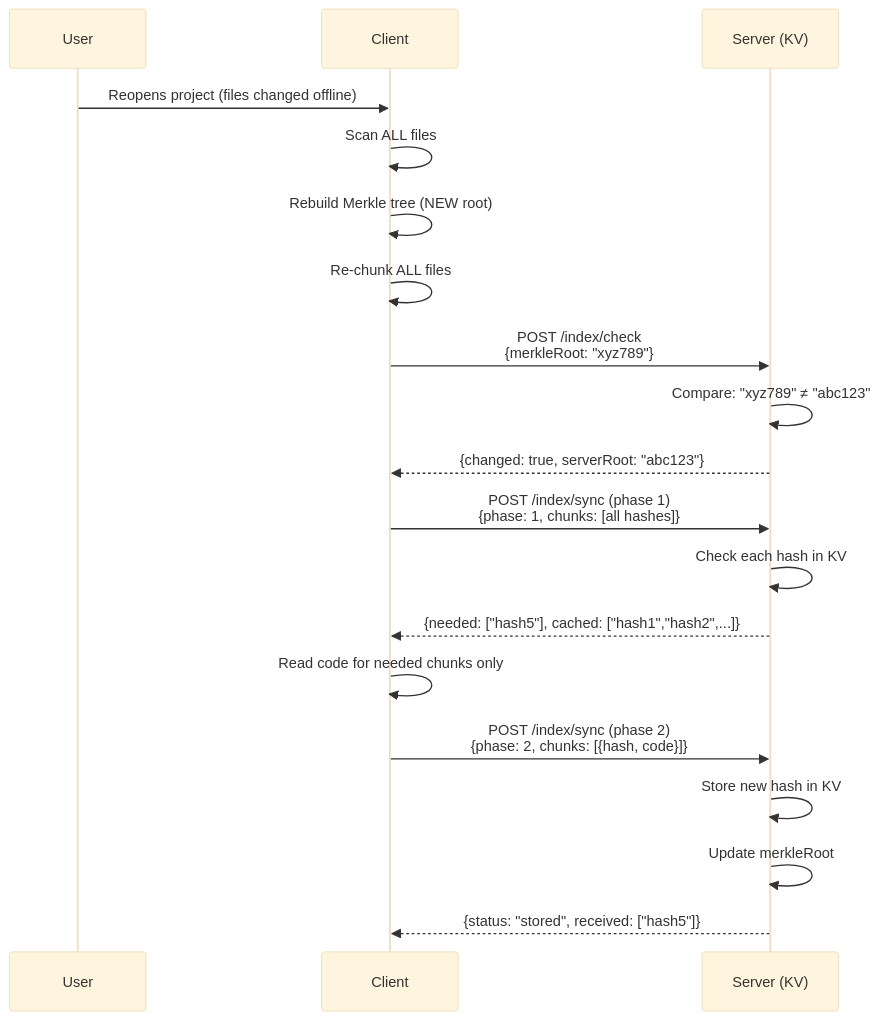
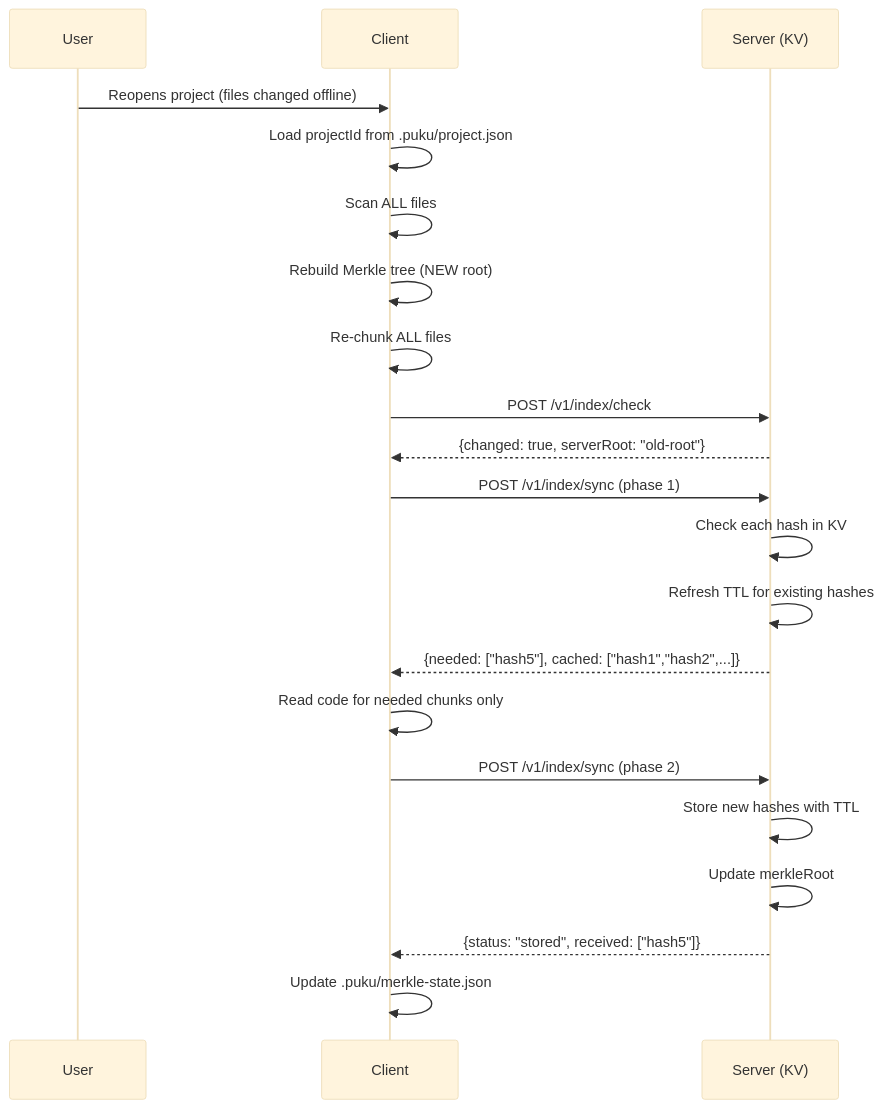
One commit to poridhioss/indexing-system-poc changed the fifth of 6 diagrams in Documentation/phase-1-implementation-plan.md. Above: the diagram before and after it, drawn with Mermaid (base theme). The commit also changed other lines of this file, not shown here.

Commit message:
phase 1 implementation plan updated

````diff
--- a/Documentation/phase-1-implementation-plan.md
+++ b/Documentation/phase-1-implementation-plan.md
@@ -84,25 +116,28 @@
 ```mermaid
 sequenceDiagram
     participant U as User
     participant C as Client
     participant S as Server (KV)
 
     U->>C: Reopens project (files changed offline)
+    C->>C: Load projectId from .puku/project.json
     C->>C: Scan ALL files
     C->>C: Rebuild Merkle tree (NEW root)
     C->>C: Re-chunk ALL files
 
-    C->>S: POST /index/check<br/>{merkleRoot: "xyz789"}
-    S->>S: Compare: "xyz789" ≠ "abc123"
-    S-->>C: {changed: true, serverRoot: "abc123"}
+    C->>S: POST /v1/index/check
+    S-->>C: {changed: true, serverRoot: "old-root"}
 
-    C->>S: POST /index/sync (phase 1)<br/>{phase: 1, chunks: [all hashes]}
+    C->>S: POST /v1/index/sync (phase 1)
     S->>S: Check each hash in KV
+    S->>S: Refresh TTL for existing hashes
     S-->>C: {needed: ["hash5"], cached: ["hash1","hash2",...]}
 
     C->>C: Read code for needed chunks only
-    C->>S: POST /index/sync (phase 2)<br/>{phase: 2, chunks: [{hash, code}]}
-    S->>S: Store new hash in KV
+    C->>S: POST /v1/index/sync (phase 2)
+    S->>S: Store new hashes with TTL
     S->>S: Update merkleRoot
     S-->>C: {status: "stored", received: ["hash5"]}
+
+    C->>C: Update .puku/merkle-state.json
 ```
````
